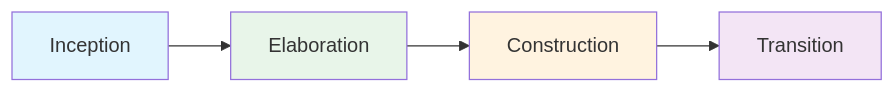
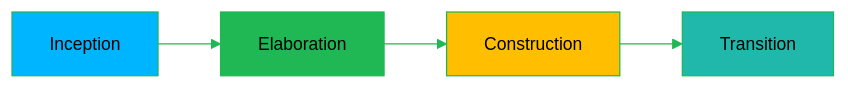
Before and after one commit to oat431/swe-knowledge: the fifth of 9 diagrams in software-engineering-note/10_Software_Engineering_Process/06_Spiral_and_Unified_Process.md, drawn with Mermaid. The commit also changed other lines of this file and 28 other files, not shown here.

````diff
--- a/software-engineering-note/10_Software_Engineering_Process/06_Spiral_and_Unified_Process.md
+++ b/software-engineering-note/10_Software_Engineering_Process/06_Spiral_and_Unified_Process.md
@@ -226,11 +234,12 @@
 ```mermaid
+%%{init: {'theme':'base','themeVariables':{'primaryColor':'#19362D','primaryTextColor':'#CDD3D1','primaryBorderColor':'#1FB854','lineColor':'#1FB854','secondaryColor':'#161212','tertiaryColor':'#1B1717','background':'#1B1717','mainBkg':'#19362D','nodeBorder':'#1FB854','clusterBkg':'#161212','clusterBorder':'#19362D','titleColor':'#1FB854','edgeLabelBackground':'#161212','fontSize':'14px'}}}%%
 graph LR
     I[Inception] --> E[Elaboration]
     E --> C[Construction]
     C --> T[Transition]
     
-    style I fill:#e1f5fe
-    style E fill:#e8f5e9
-    style C fill:#fff3e0
-    style T fill:#f3e5f5
+    style I fill:#00B5FF,color:#000000
+    style E fill:#1FB854,color:#000000
+    style C fill:#FFBE00,color:#000000
+    style T fill:#1FB8AB,color:#000000
 ```
````
